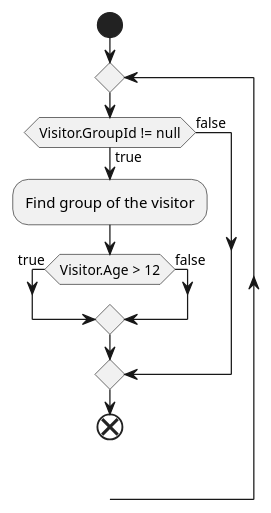
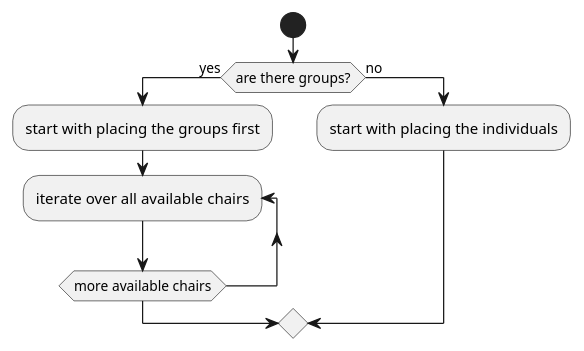
The diagram in VisitorPlacementTool/FlowChart.puml (PepijnF/VisitorPlacementTool), drawn with PlantUML before and after one commit. The commit also changed other lines of this file and 8 other files, not shown here.

```diff
--- a/VisitorPlacementTool/FlowChart.puml
+++ b/VisitorPlacementTool/FlowChart.puml
@@ -1,15 +1,10 @@
 @startuml
 start
-
-repeat
-    if(Visitor.GroupId != null) then (true)
-        :Find group of the visitor;
-        if(Visitor.Age > 12) then (true)
-        else (false)
-        endif
-    else (false)
-    endif 
-
-
-end
+if(are there groups?) then (yes)
+    :start with placing the groups first;
+    repeat :iterate over all available chairs;
+        
+    repeat while (more available chairs)
+else (no)
+    :start with placing the individuals; 
 @enduml
```
